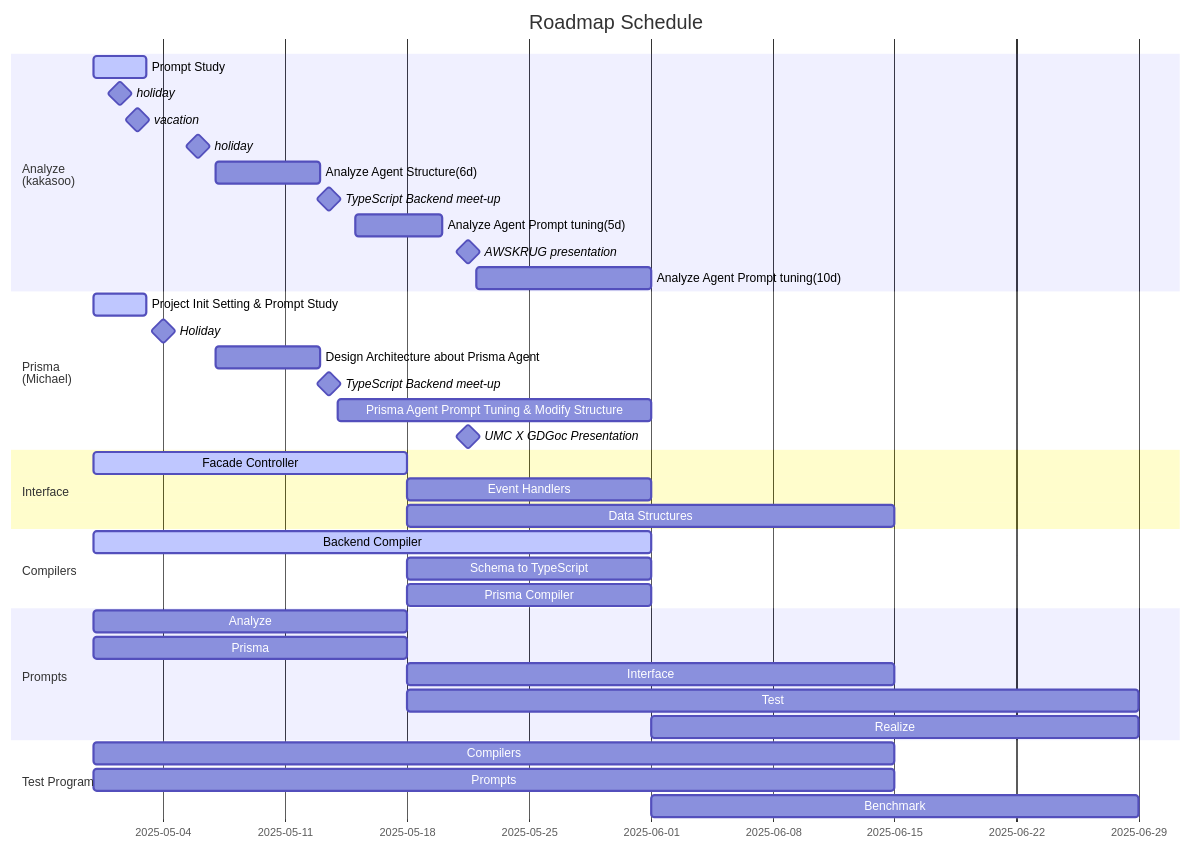
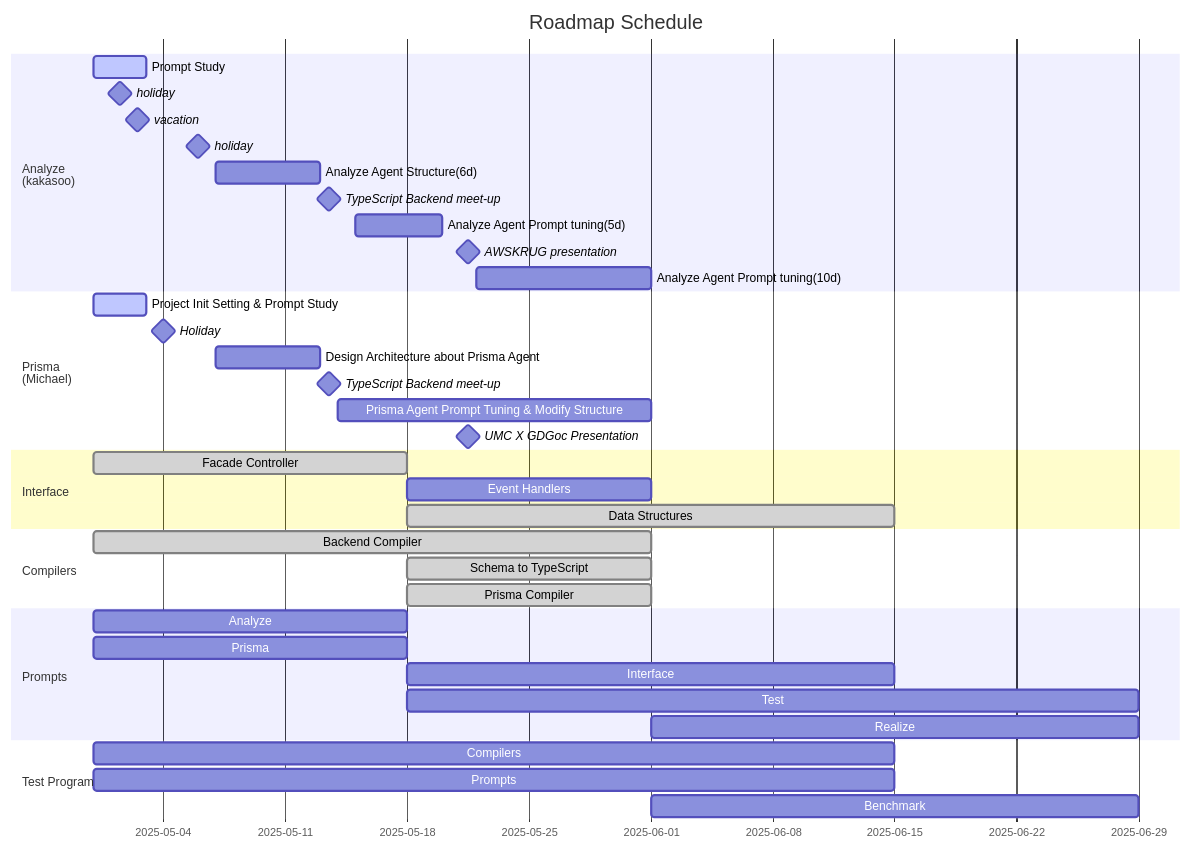
One commit to RavenView-ai/autobe changed the second of 2 diagrams in README.md. Above: the diagram before and after it, drawn with Mermaid. The commit also changed 2 other files, not shown here.

Commit message:
Update gantt chart

````diff
--- a/README.md
+++ b/README.md
@@ -259,47 +259,47 @@
 ```mermaid
 gantt
   dateFormat YYYY-MM-DD
   title Roadmap Schedule
 
   section Analyze<br>(kakasoo)
   Prompt Study: active, 2025-04-30, 3d
   holiday: milestone, 2025-05-01, 1d
   vacation: milestone, 2025-05-02, 1d
   holiday: milestone, 2025-05-05, 2d
   Analyze Agent Structure(6d):, 2025-05-07, 6d
   TypeScript Backend meet-up: milestone, 2025-05-13, 1d
   Analyze Agent Prompt tuning(5d):, 2025-05-15, 5d
   AWSKRUG presentation: milestone, 2025-05-21, 1d
   Analyze Agent Prompt tuning(10d):, 2025-05-22, 10d
 
   section Prisma<br>(Michael)
   Project Init Setting & Prompt Study: active, 2025-04-30, 3d
   Holiday: milestone, 2025-05-01, 6d
   Design Architecture about Prisma Agent: 2025-05-07, 6d
   TypeScript Backend meet-up: milestone, 2025-05-13, 1d
   Prisma Agent Prompt Tuning & Modify Structure: 2025-05-14, 18d
   UMC X GDGoc Presentation: milestone, 2025-05-21, 1d
 
   
   section Interface
-  Facade Controller: active, 2025-04-30, 18d
-  Event Handlers:            2025-05-18, 14d
-  Data Structures:           2025-05-18, 28d
+  Facade Controller: done, 2025-04-30, 18d
+  Event Handlers:          2025-05-18, 14d
+  Data Structures:   done, 2025-05-18, 28d
 
   section Compilers
-  Backend Compiler:     active, 2025-04-30, 32d
-  Schema to TypeScript:         2025-05-18, 14d
-  Prisma Compiler:              2025-05-18, 14d
+  Backend Compiler:     done, 2025-04-30, 32d
+  Schema to TypeScript: done, 2025-05-18, 14d
+  Prisma Compiler:      done, 2025-05-18, 14d
 
   section Prompts
   Analyze  : 2025-04-30, 18d
   Prisma   : 2025-04-30, 18d
   Interface: 2025-05-18, 28d
   Test     : 2025-05-18, 42d
   Realize  : 2025-06-01, 28d
 
   section Test Program
   Compilers: 2025-04-30, 46d
   Prompts:   2025-04-30, 46d
   Benchmark: 2025-06-01, 28d
 ```
````
